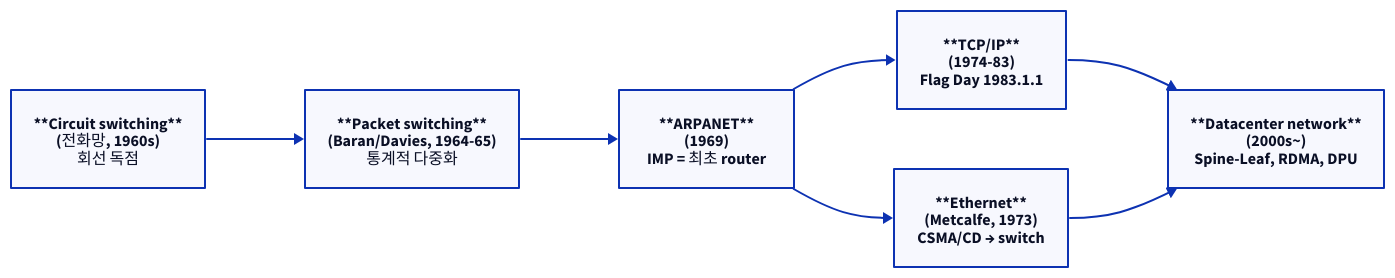
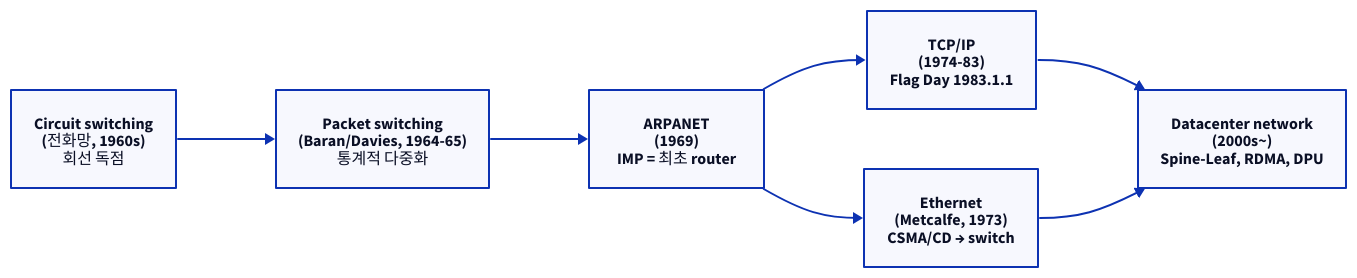
One commit to humbleowl39/DV_SKOOL changed the sixth of 7 diagrams in starlight_site/src/content/docs/ethernet_dcmac/01_ethernet_fundamentals.md. Above: the diagram before and after it, drawn with D2. The commit also changed other lines of this file and 714 other files, not shown here.

First line of the commit message:
fix(site): d2 다이어그램 가독성 결함 6종 일괄 수정

````diff
--- a/starlight_site/src/content/docs/ethernet_dcmac/01_ethernet_fundamentals.md
+++ b/starlight_site/src/content/docs/ethernet_dcmac/01_ethernet_fundamentals.md
@@ -262,14 +262,14 @@
 ```d2
 direction: right
 
-CS: "**Circuit switching**\n(전화망, 1960s)\n회선 독점"
-PS: "**Packet switching**\n(Baran/Davies, 1964-65)\n통계적 다중화"
-ARPA: "**ARPANET**\n(1969)\nIMP = 최초 router"
-TCPIP: "**TCP/IP**\n(1974-83)\nFlag Day 1983.1.1"
-ETH: "**Ethernet**\n(Metcalfe, 1973)\nCSMA/CD → switch"
-DC: "**Datacenter network**\n(2000s~)\nSpine-Leaf, RDMA, DPU"
+CS: "Circuit switching\n(전화망, 1960s)\n회선 독점"
+PS: "Packet switching\n(Baran/Davies, 1964-65)\n통계적 다중화"
+ARPA: "ARPANET\n(1969)\nIMP = 최초 router"
+TCPIP: "TCP/IP\n(1974-83)\nFlag Day 1983.1.1"
+ETH: "Ethernet\n(Metcalfe, 1973)\nCSMA/CD → switch"
+DC: "Datacenter network\n(2000s~)\nSpine-Leaf, RDMA, DPU"
 CS -> PS -> ARPA -> TCPIP
 ARPA -> ETH
 TCPIP -> DC
 ETH -> DC
 ```
````
